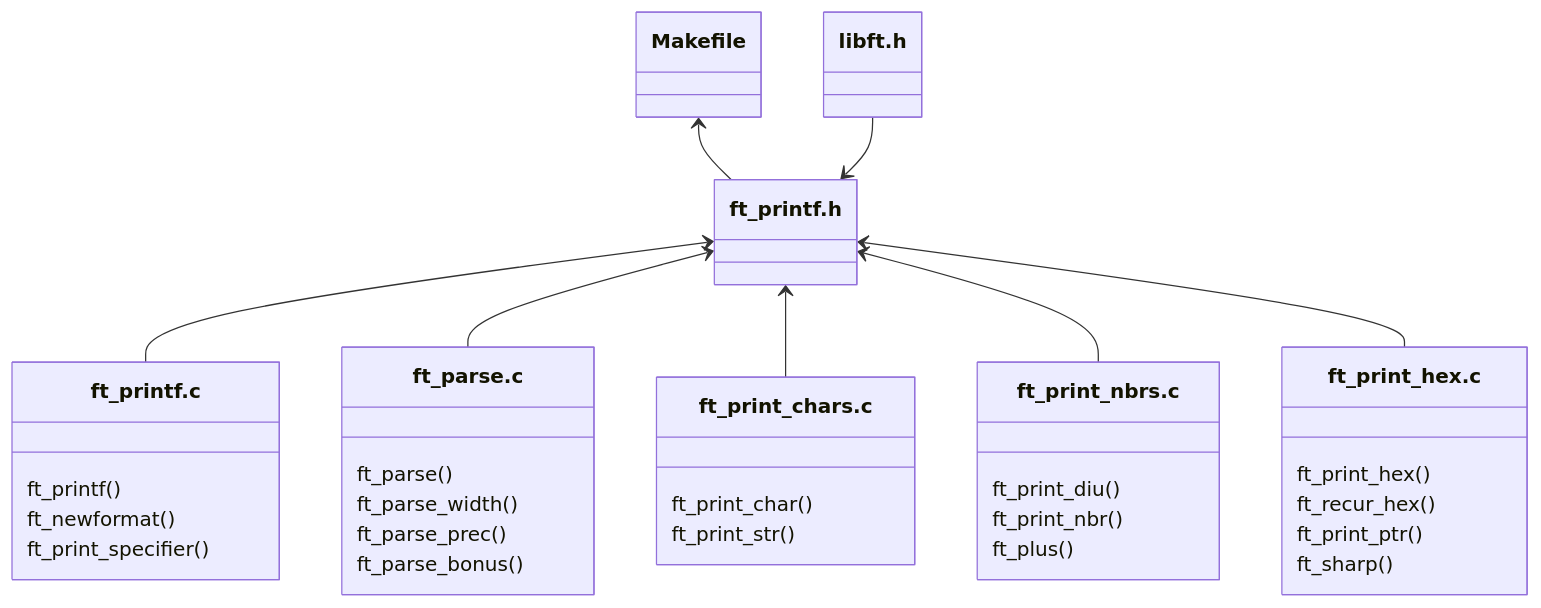
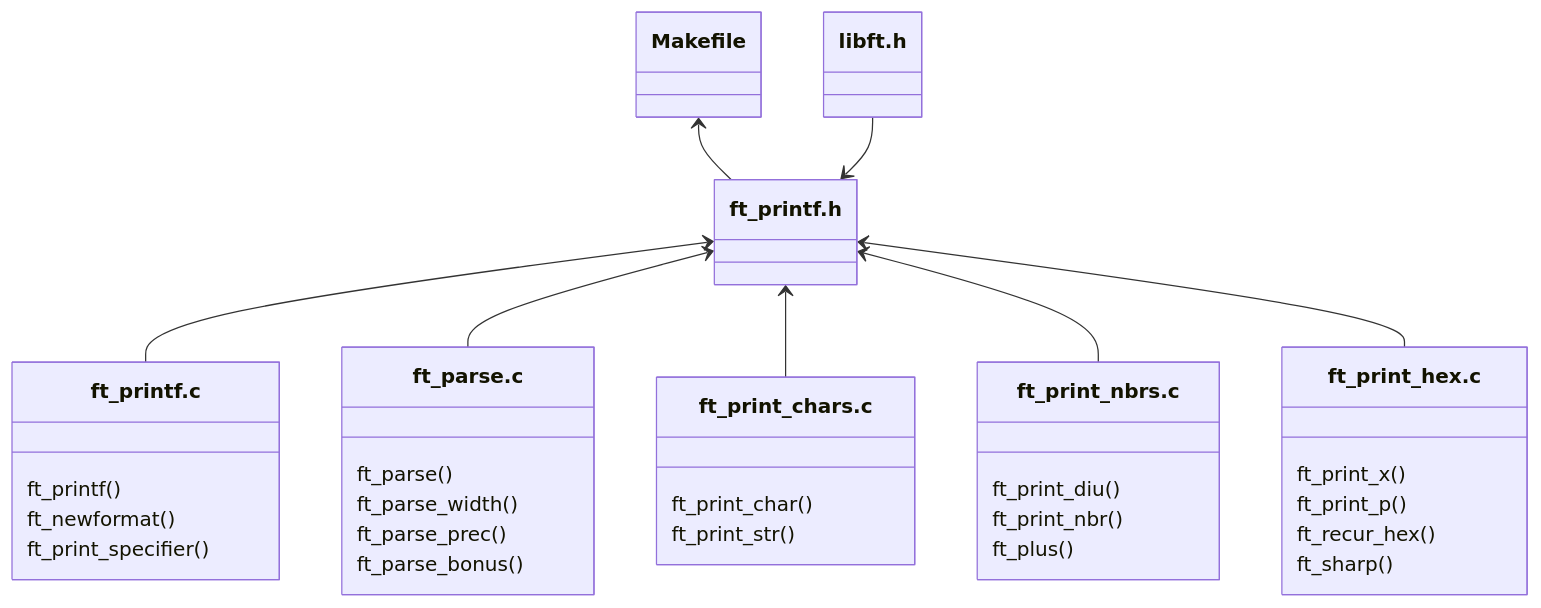
The first of 2 diagrams in README.md (PedroZappa/42_ft_printf), drawn with Mermaid before and after one commit. The commit also changed other lines of this file and 3 other files, not shown here.

````diff
--- a/README.md
+++ b/README.md
@@ -137,37 +137,37 @@
 ```mermaid
 ---
 title ft_printf Structure
 ---
 classDiagram
     class Makefile
     Makefile <-- File0
     class File0["ft_printf.h"]
     class libft["libft.h"]
     File0 <-- File1
     File0 <-- File2
     File0 <-- File3
     File0 <-- File4
     File0 <-- File5
     libft --> File0
     class File1["ft_printf.c"]
     File1 : ft_printf()
     File1 : ft_newformat()
     File1 : ft_print_specifier()
     class File2["ft_parse.c"]
     File2 : ft_parse()
     File2 : ft_parse_width()
     File2 : ft_parse_prec()
     File2 : ft_parse_bonus()
     class File3["ft_print_chars.c"]
     File3 : ft_print_char()
     File3 : ft_print_str()
     class File4["ft_print_nbrs.c"]
     File4 : ft_print_diu()
     File4 : ft_print_nbr()
     File4 : ft_plus()
     class File5["ft_print_hex.c"]
-    File5 : ft_print_hex()
+    File5 : ft_print_x()
+    File5 : ft_print_p()
     File5 : ft_recur_hex()
-    File5 : ft_print_ptr()
     File5 : ft_sharp()
 ```
````
